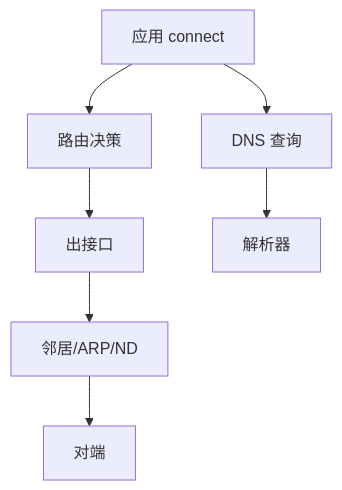
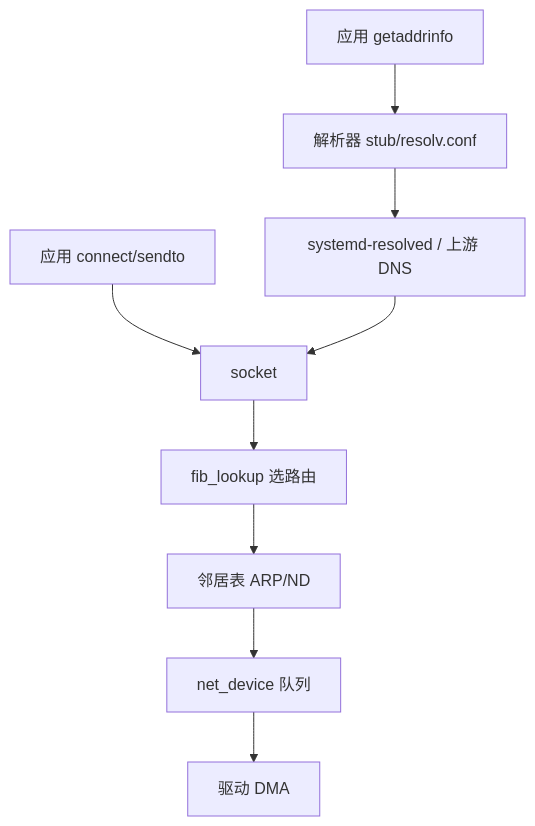
Before and after one commit to yanggan2015/knowledge-json-v2: the first of 2 diagrams in articles/csdn-merged/Linux运维-网络配置完整篇.md, drawn with Mermaid. The commit also changed other lines of this file and 13 other files, not shown here.

````diff
--- a/articles/csdn-merged/Linux运维-网络配置完整篇.md
+++ b/articles/csdn-merged/Linux运维-网络配置完整篇.md
@@ -16,9 +41,11 @@
 ```mermaid
 flowchart TD
-    A[应用 connect] --> B[路由决策]
-    B --> C[出接口]
-    C --> D[邻居/ARP/ND]
-    D --> E[对端]
-    A --> F[DNS 查询]
-    F --> G[解析器]
+    APP[应用 connect/sendto] --> SOCK[socket]
+    SOCK --> ROUTE[fib_lookup 选路由]
+    ROUTE --> NEIGH[邻居表 ARP/ND]
+    NEIGH --> DEV[net_device 队列]
+    DEV --> DRV[驱动 DMA]
+    APP2[应用 getaddrinfo] --> RESOLV[解析器 stub/resolv.conf]
+    RESOLV --> DNS[systemd-resolved / 上游 DNS]
+    DNS --> SOCK
 ```
````
